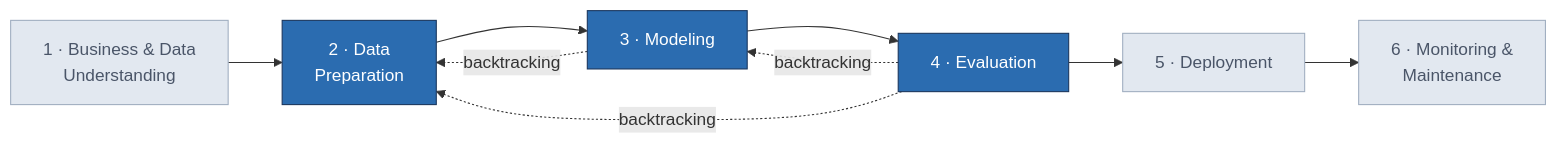
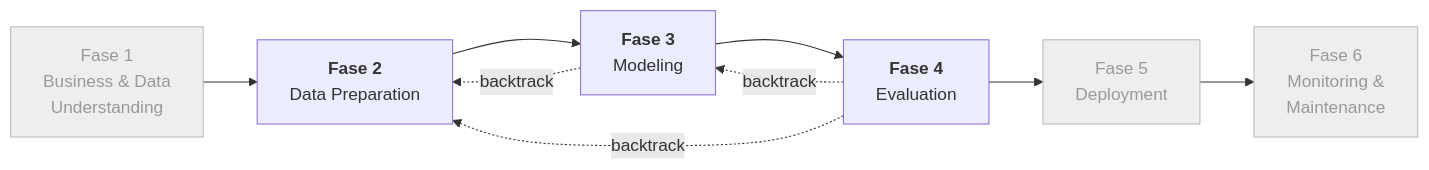
One commit to Melonangie/Galaxy-Vision changed the second of 6 diagrams in README.md. Above: the diagram before and after it, drawn with Mermaid. The commit also changed other lines of this file, not shown here.

Commit message:
adding more data

````diff
--- a/README.md
+++ b/README.md
@@ -17,13 +64,12 @@
 ```mermaid
 flowchart LR
-    F1["1 · Business & Data<br/>Understanding"]:::out --> F2["2 · Data<br/>Preparation"]:::in
-    F2 --> F3["3 · Modeling"]:::in
-    F3 --> F4["4 · Evaluation"]:::in
-    F4 --> F5["5 · Deployment"]:::out
-    F5 --> F6["6 · Monitoring &<br/>Maintenance"]:::out
-    F3 -. backtracking .-> F2
-    F4 -. backtracking .-> F3
-    F4 -. backtracking .-> F2
-    classDef in fill:#2b6cb0,color:#fff,stroke:#1a365d
-    classDef out fill:#e2e8f0,color:#4a5568,stroke:#a0aec0
+    P1["Fase 1<br/>Business & Data<br/>Understanding"]:::off --> P2["<b>Fase 2</b><br/>Data Preparation"]
+    P2 --> P3["<b>Fase 3</b><br/>Modeling"]
+    P3 --> P4["<b>Fase 4</b><br/>Evaluation"]
+    P4 --> P5["Fase 5<br/>Deployment"]:::off
+    P5 --> P6["Fase 6<br/>Monitoring &<br/>Maintenance"]:::off
+    P3 -. backtrack .-> P2
+    P4 -. backtrack .-> P3
+    P4 -. backtrack .-> P2
+    classDef off fill:#eee,stroke:#bbb,color:#999
 ```
````
